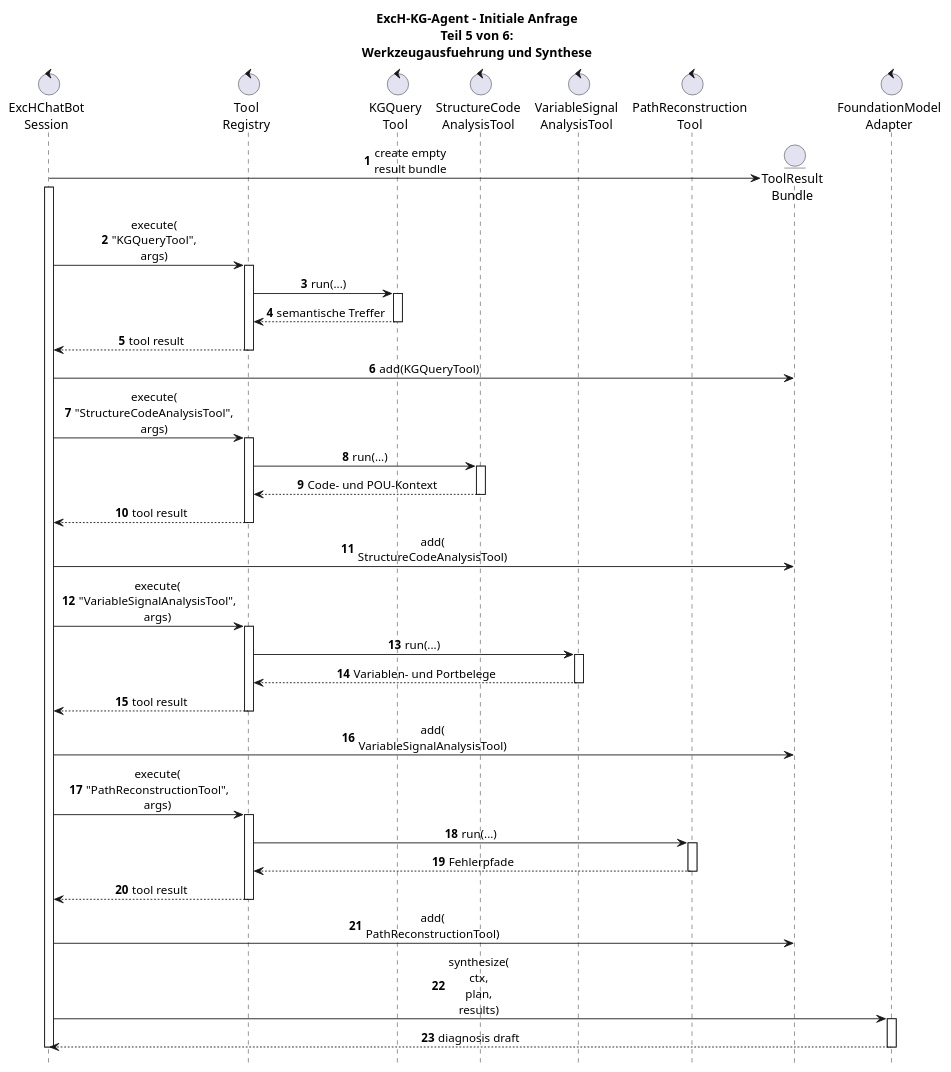
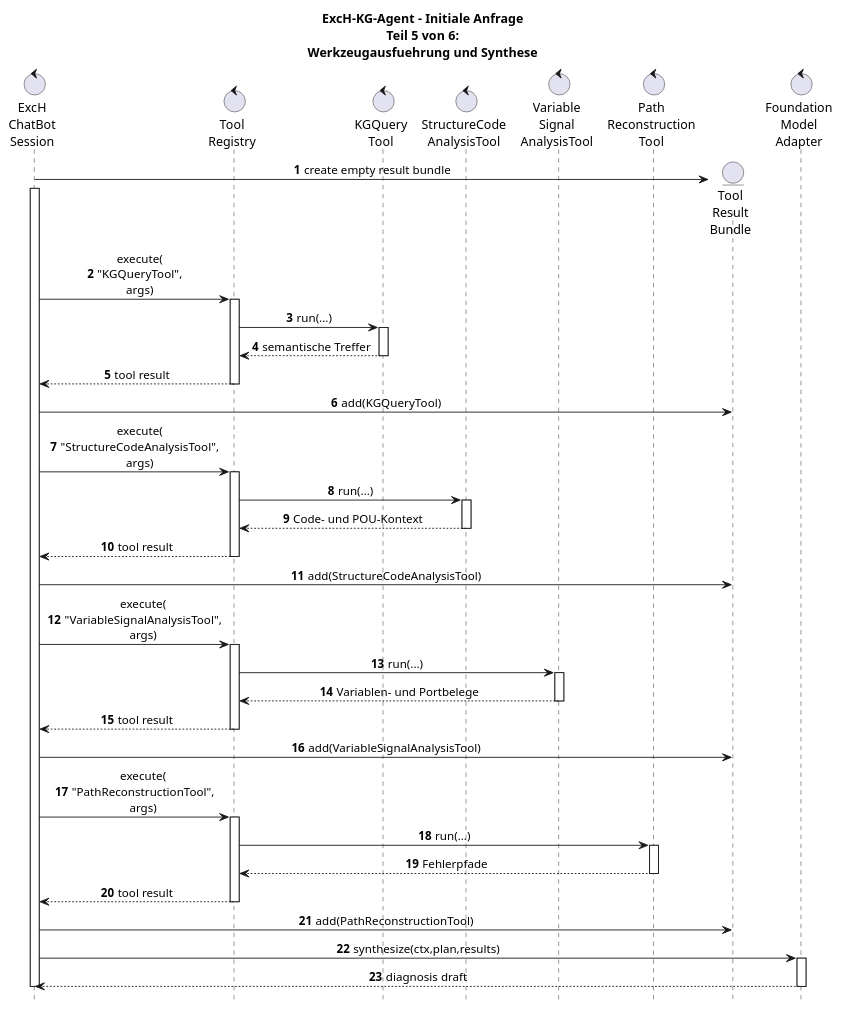
The diagram in UML-Diagrams/ExcH-KG-Agent/Komponenten_ExcH-KG-Agent/06e_seq_tools_synthesis.plantuml (verkal1999/Agent_Test), drawn with PlantUML before and after one commit. The commit also changed 62 other files, not shown here.

```diff
--- a/UML-Diagrams/ExcH-KG-Agent/Komponenten_ExcH-KG-Agent/06e_seq_tools_synthesis.plantuml
+++ b/UML-Diagrams/ExcH-KG-Agent/Komponenten_ExcH-KG-Agent/06e_seq_tools_synthesis.plantuml
@@ -1,70 +1,70 @@
 @startuml
 
 skinparam shadowing false
 skinparam responseMessageBelowArrow true
 skinparam sequenceMessageAlign center
 hide footbox
 autonumber
 
 title ExcH-KG-Agent - Initiale Anfrage\nTeil 5 von 6:\nWerkzeugausfuehrung und Synthese
 
-control "ExcHChatBot\nSession" as Session
+control "ExcH\nChatBot\nSession" as Session
 control "Tool\nRegistry" as Registry
 control "KGQuery\nTool" as KGTool
 control "StructureCode\nAnalysisTool" as StructTool
-control "VariableSignal\nAnalysisTool" as SignalTool
-control "PathReconstruction\nTool" as PathTool
-entity "ToolResult\nBundle" as Results
-control "FoundationModel\nAdapter" as FM
+control "Variable\nSignal\nAnalysisTool" as SignalTool
+control "Path\nReconstruction\nTool" as PathTool
+entity "Tool\nResult\nBundle" as Results
+control "Foundation\nModel\nAdapter" as FM
 
 create Results
-Session -> Results : create empty\nresult bundle
+Session -> Results : create empty result bundle
 activate Session
 
 Session -> Registry : execute(\n"KGQueryTool",\nargs)
 activate Registry
 Registry -> KGTool : run(...)
 activate KGTool
 KGTool --> Registry : semantische Treffer
 deactivate KGTool
 Registry --> Session : tool result
 deactivate Registry
 Session -> Results : add(KGQueryTool)
 
 Session -> Registry : execute(\n"StructureCodeAnalysisTool",\nargs)
 activate Registry
 Registry -> StructTool : run(...)
 activate StructTool
 StructTool --> Registry : Code- und POU-Kontext
 deactivate StructTool
 Registry --> Session : tool result
 deactivate Registry
-Session -> Results : add(\nStructureCodeAnalysisTool)
+Session -> Results : add(StructureCodeAnalysisTool)
 
 Session -> Registry : execute(\n"VariableSignalAnalysisTool",\nargs)
 activate Registry
 Registry -> SignalTool : run(...)
 activate SignalTool
 SignalTool --> Registry : Variablen- und Portbelege
 deactivate SignalTool
 Registry --> Session : tool result
 deactivate Registry
-Session -> Results : add(\nVariableSignalAnalysisTool)
+Session -> Results : add(VariableSignalAnalysisTool)
 
 Session -> Registry : execute(\n"PathReconstructionTool",\nargs)
 activate Registry
 Registry -> PathTool : run(...)
 activate PathTool
 PathTool --> Registry : Fehlerpfade
 deactivate PathTool
 Registry --> Session : tool result
 deactivate Registry
-Session -> Results : add(\nPathReconstructionTool)
+Session -> Results : add(PathReconstructionTool)
 
-Session -> FM : synthesize(\nctx,\nplan,\nresults)
+Session -> FM : synthesize(ctx,plan,results)
 activate FM
 FM --> Session : diagnosis draft
 deactivate FM
 deactivate Session
 
 @enduml
```
